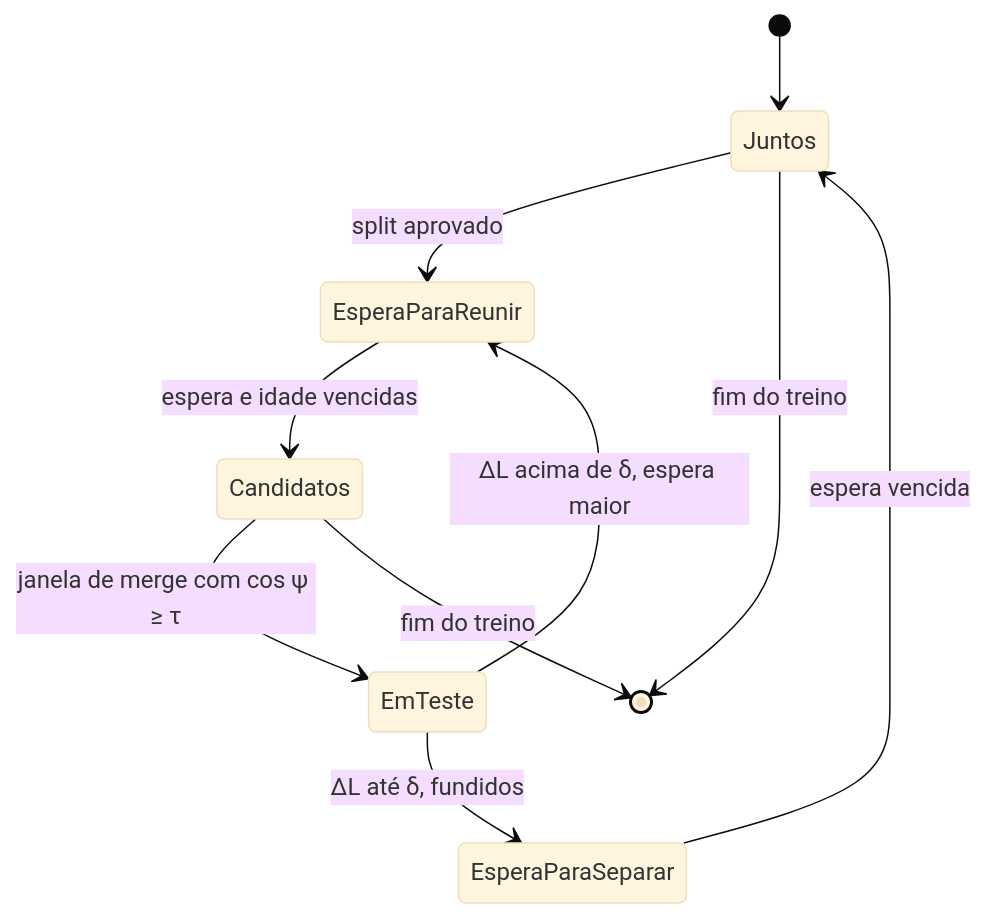
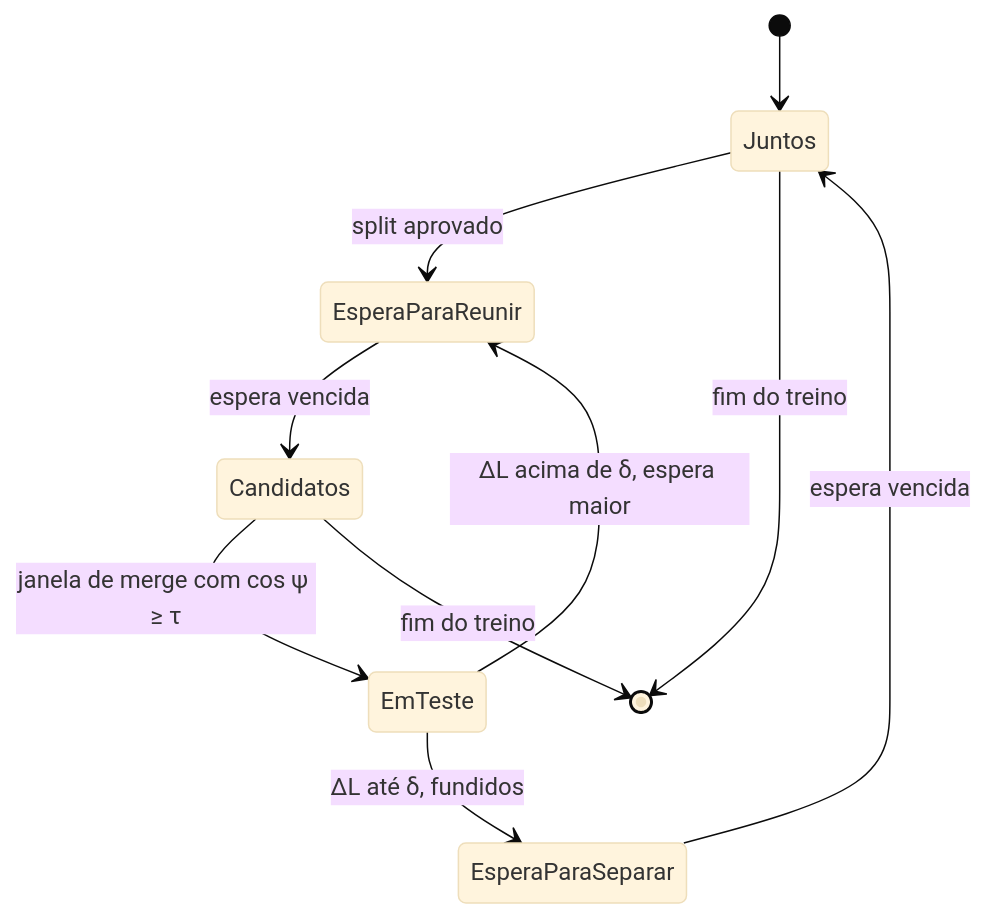
Before and after one commit to luiz2801/StoCFL-CFL: the fourth of 5 diagrams in docs/implementar/plano-isodata-fl/12-diagramas.md, drawn with Mermaid (base theme). The commit also changed other lines of this file and 15 other files, not shown here.

````diff
--- a/docs/implementar/plano-isodata-fl/12-diagramas.md
+++ b/docs/implementar/plano-isodata-fl/12-diagramas.md
@@ -177,12 +178,12 @@
 ```mermaid
 stateDiagram-v2
     [*] --> Juntos
     Juntos --> EsperaParaReunir: split aprovado
-    EsperaParaReunir --> Candidatos: espera e idade vencidas
+    EsperaParaReunir --> Candidatos: espera vencida
     Candidatos --> EmTeste: janela de merge com cos ψ ≥ τ
     EmTeste --> EsperaParaReunir: ΔL acima de δ, espera maior
     EmTeste --> EsperaParaSeparar: ΔL até δ, fundidos
     EsperaParaSeparar --> Juntos: espera vencida
     Juntos --> [*]: fim do treino
     Candidatos --> [*]: fim do treino
 ```
````
